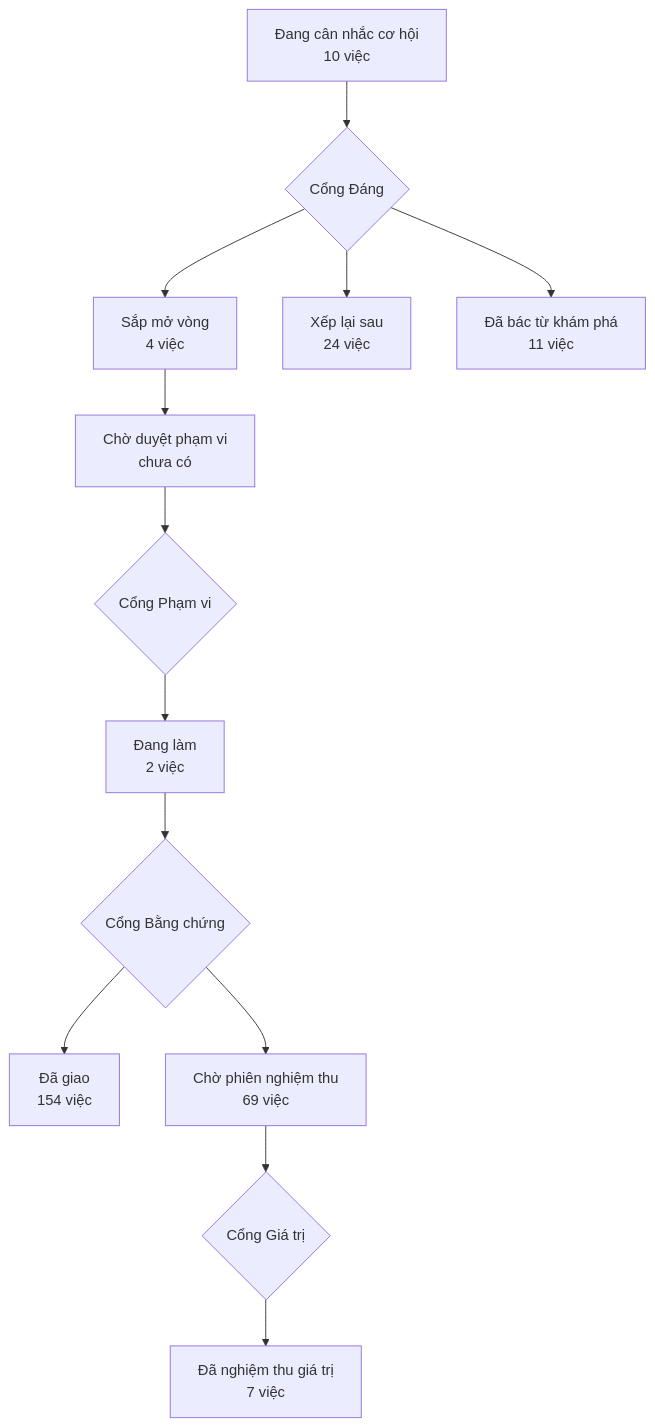
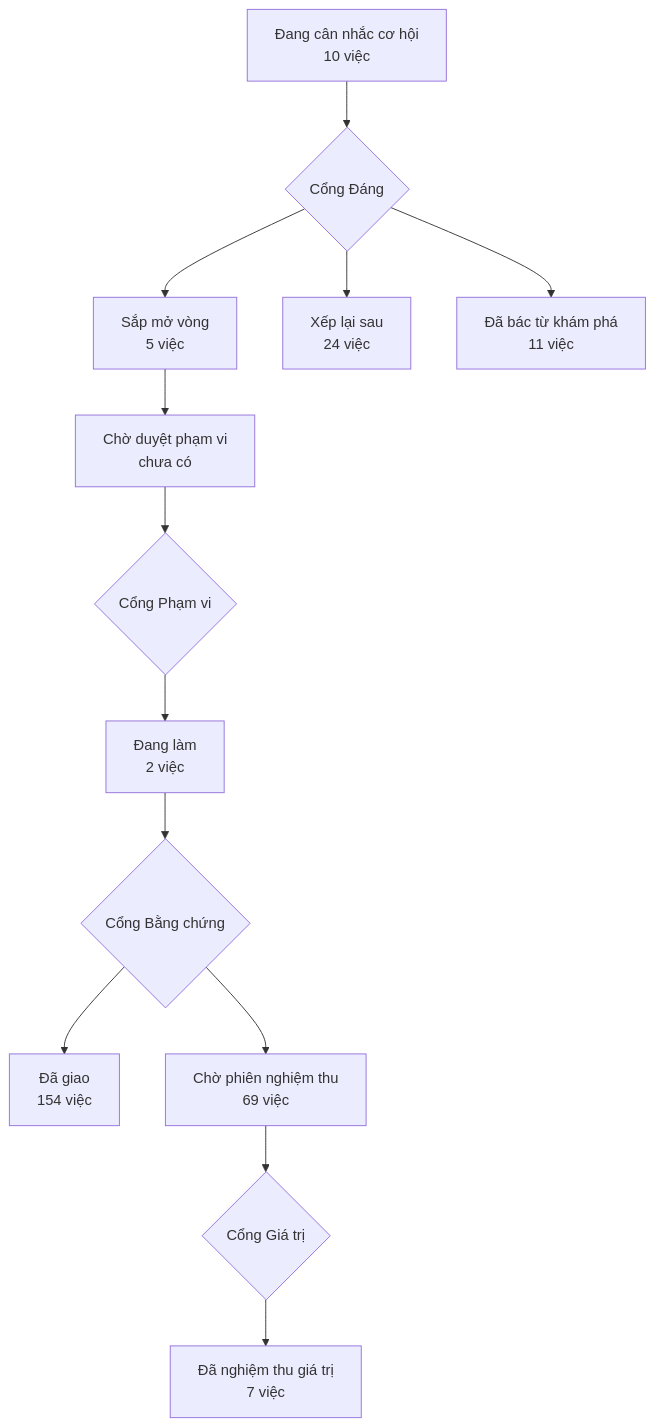
Before and after one commit to phanlemanh/acceptance-gate-kit: the diagram in PRODUCT-MAP.md, drawn with Mermaid. The commit also changed other lines of this file and 1 other file, not shown here.

Commit message:
chore(goi-cheo-loi-dieu-phoi): sinh lại bản đồ cho hồ sơ mới

````diff
--- a/PRODUCT-MAP.md
+++ b/PRODUCT-MAP.md
@@ -7,12 +7,12 @@
 ```mermaid
 flowchart TD
   A["Đang cân nhắc cơ hội<br/>10 việc"] --> GD{"Cổng Đáng"}
-  GD --> B["Sắp mở vòng<br/>4 việc"]
+  GD --> B["Sắp mở vòng<br/>5 việc"]
   GD --> XL["Xếp lại sau<br/>24 việc"]
   GD --> DB["Đã bác từ khám phá<br/>11 việc"]
   B --> CD["Chờ duyệt phạm vi<br/>chưa có"] --> GP{"Cổng Phạm vi"}
   GP --> DL["Đang làm<br/>2 việc"] --> GB{"Cổng Bằng chứng"}
   GB --> DG["Đã giao<br/>154 việc"]
   GB --> CN["Chờ phiên nghiệm thu<br/>69 việc"] --> GG{"Cổng Giá trị"}
   GG --> NT["Đã nghiệm thu giá trị<br/>7 việc"]
 ```
````
